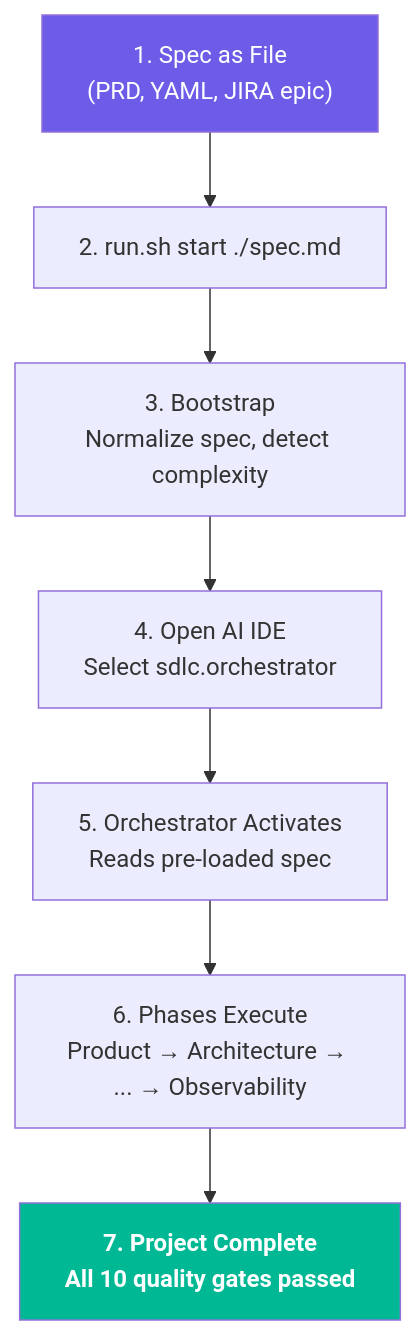
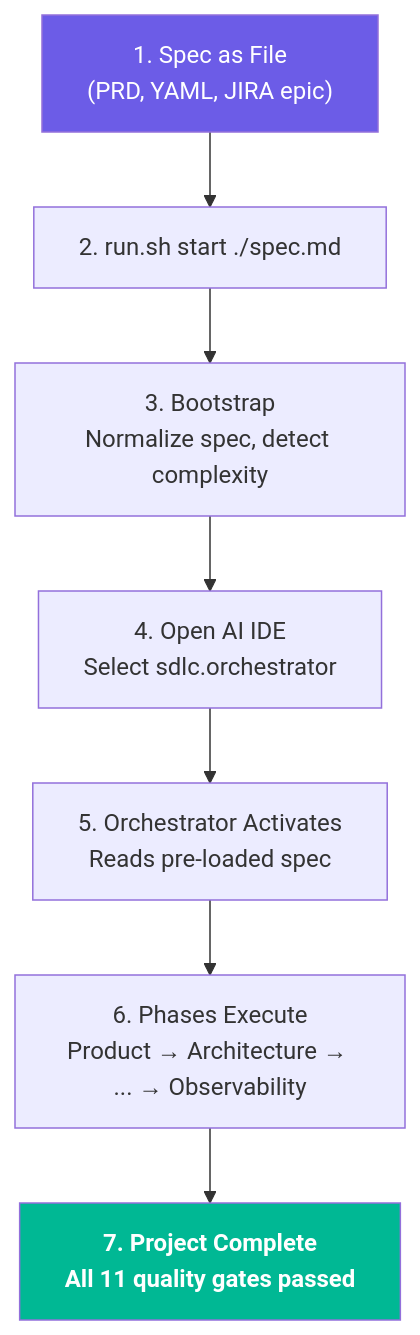
Before and after one commit to bitbitcodes/autonomous-sdlc: the second of 5 diagrams in docs/usage-guide.md, drawn with Mermaid. The commit also changed other lines of this file and 66 other files, not shown here.

````diff
--- a/docs/usage-guide.md
+++ b/docs/usage-guide.md
@@ -77,12 +77,12 @@
 ```mermaid
 flowchart TD
     SPEC["1. Spec as File<br/>(PRD, YAML, JIRA epic)"] --> START["2. run.sh start ./spec.md"]
     START --> BOOT["3. Bootstrap<br/>Normalize spec, detect complexity"]
     BOOT --> IDE["4. Open AI IDE<br/>Select sdlc.orchestrator"]
     IDE --> ORCH["5. Orchestrator Activates<br/>Reads pre-loaded spec"]
     ORCH --> PHASES["6. Phases Execute<br/>Product → Architecture → ... → Observability"]
-    PHASES --> DONE["7. Project Complete<br/>All 10 quality gates passed"]
+    PHASES --> DONE["7. Project Complete<br/>All 11 quality gates passed"]
 
     style SPEC fill:#6c5ce7,color:#fff
     style DONE fill:#00b894,color:#fff,font-weight:bold
 ```
````
